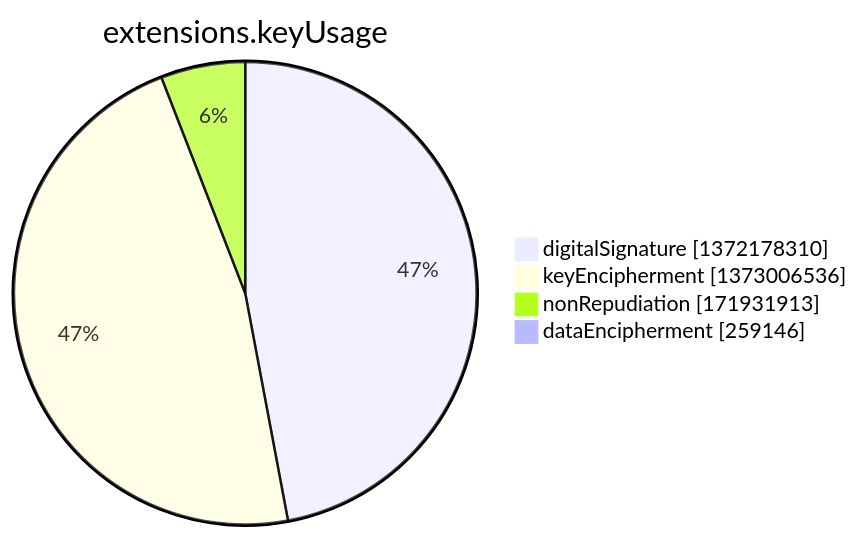
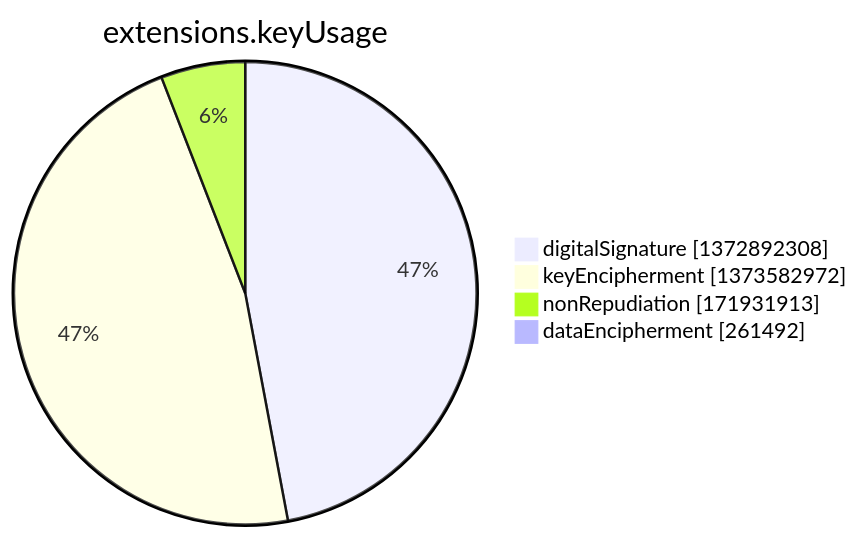
Before and after one commit to christiankrug/ctmonitor_visualization: the seventh of 15 diagrams in argon2022/README.md, drawn with Mermaid. The commit also changed other lines of this file, not shown here.

````diff
--- a/argon2022/README.md
+++ b/argon2022/README.md
@@ -2751,8 +2751,8 @@
 ```mermaid
 pie showData
 title extensions.keyUsage
-"digitalSignature" :1372178310
-"keyEncipherment" :1373006536
+"digitalSignature" :1372892308
+"keyEncipherment" :1373582972
 "nonRepudiation" :171931913
-"dataEncipherment" :259146
+"dataEncipherment" :261492
 ```
````
